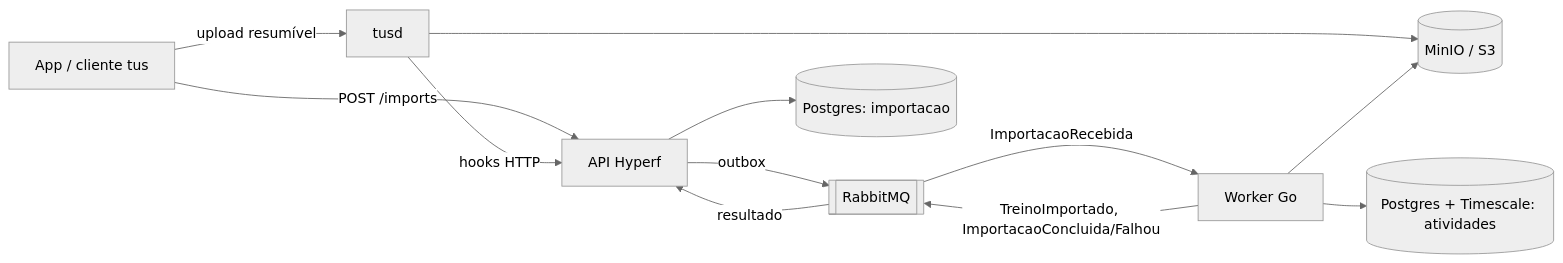
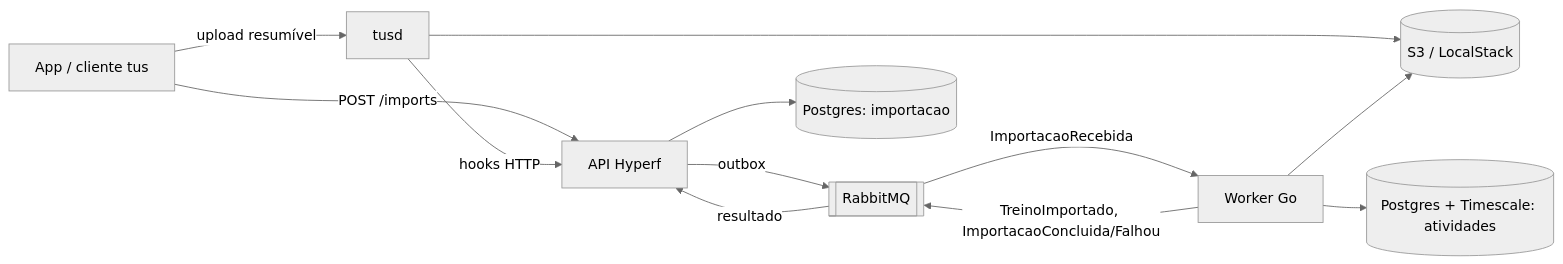
One commit to JohnnyMatteus/athlete-training-platform changed the diagram in README.md. Above: the diagram before and after it, drawn with Mermaid (neutral theme). The commit also changed other lines of this file and 17 other files, not shown here.

First line of the commit message:
feat(infra): troca o S3 local por LocalStack e prova no CI

````diff
--- a/README.md
+++ b/README.md
@@ -15,14 +15,14 @@
 ```mermaid
 flowchart LR
   APP[App / cliente tus] -->|POST /imports| API[API Hyperf]
   APP -->|upload resumível| TUSD[tusd]
-  TUSD --> MINIO[(MinIO / S3)]
+  TUSD --> S3LOCAL[(S3 / LocalStack)]
   TUSD -->|hooks HTTP| API
   API -->|outbox| MQ[[RabbitMQ]]
   API --> PGI[(Postgres: importacao)]
   MQ -->|ImportacaoRecebida| ING[Worker Go]
-  ING --> MINIO
+  ING --> S3LOCAL
   ING --> PGA[(Postgres + Timescale: atividades)]
   ING -->|TreinoImportado, ImportacaoConcluida/Falhou| MQ
   MQ -->|resultado| API
 ```
````
